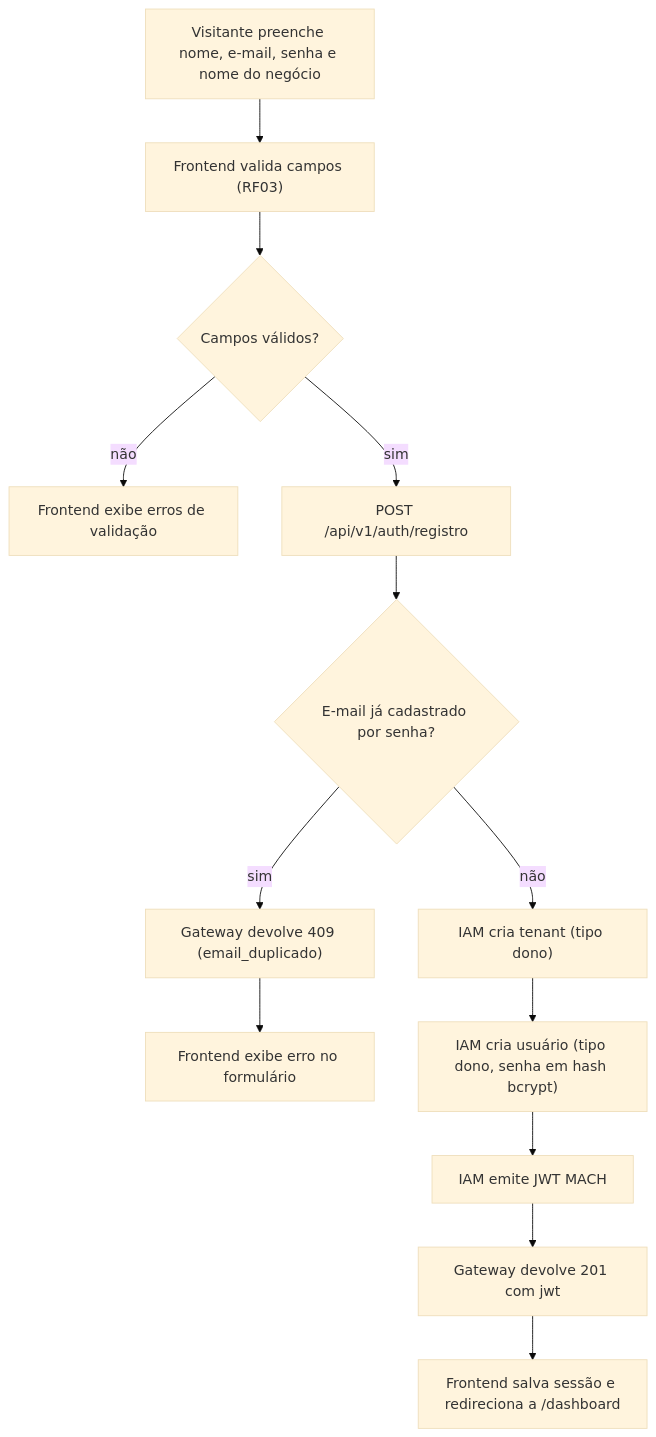
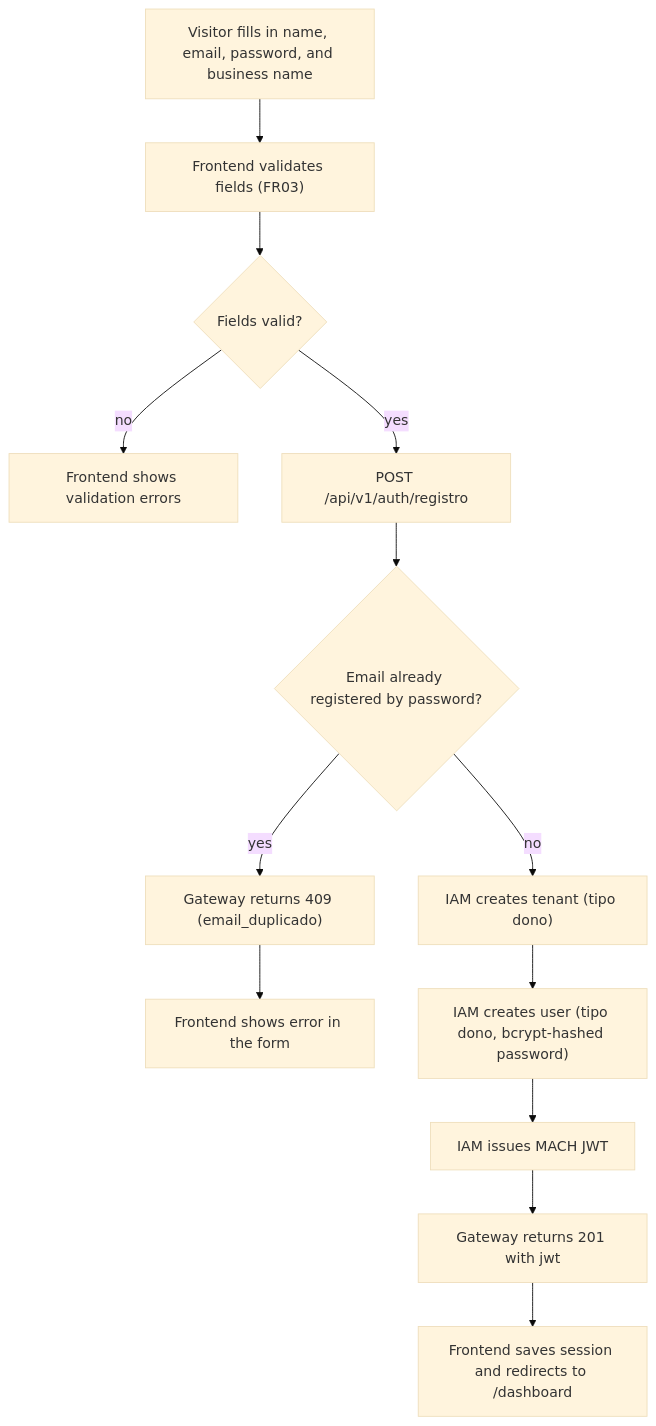
One commit to GiovaniRodrigo/arquitetura-mach-saas-nocode changed the second of 4 diagrams in specs/006-auto-cadastro/spec.md. Above: the diagram before and after it, drawn with Mermaid (base theme). The commit also changed other lines of this file and 86 other files, not shown here.

````diff
--- a/specs/006-auto-cadastro/spec.md
+++ b/specs/006-auto-cadastro/spec.md
@@ -137,15 +137,15 @@
 ```mermaid
 flowchart TD
-  A[Visitante preenche nome, e-mail, senha e nome do negócio] --> B["Frontend valida campos (RF03)"]
-  B --> C{Campos válidos?}
-  C -- não --> Z[Frontend exibe erros de validação]
-  C -- sim --> D[POST /api/v1/auth/registro]
-  D --> E{E-mail já cadastrado por senha?}
-  E -- sim --> F["Gateway devolve 409 (email_duplicado)"]
-  F --> G[Frontend exibe erro no formulário]
-  E -- não --> H["IAM cria tenant (tipo dono)"]
-  H --> I["IAM cria usuário (tipo dono, senha em hash bcrypt)"]
-  I --> J[IAM emite JWT MACH]
-  J --> K[Gateway devolve 201 com jwt]
-  K --> L[Frontend salva sessão e redireciona a /dashboard]
+  A[Visitor fills in name, email, password, and business name] --> B["Frontend validates fields (FR03)"]
+  B --> C{Fields valid?}
+  C -- no --> Z[Frontend shows validation errors]
+  C -- yes --> D[POST /api/v1/auth/registro]
+  D --> E{Email already registered by password?}
+  E -- yes --> F["Gateway returns 409 (email_duplicado)"]
+  F --> G[Frontend shows error in the form]
+  E -- no --> H["IAM creates tenant (tipo dono)"]
+  H --> I["IAM creates user (tipo dono, bcrypt-hashed password)"]
+  I --> J[IAM issues MACH JWT]
+  J --> K[Gateway returns 201 with jwt]
+  K --> L[Frontend saves session and redirects to /dashboard]
 ```
````
